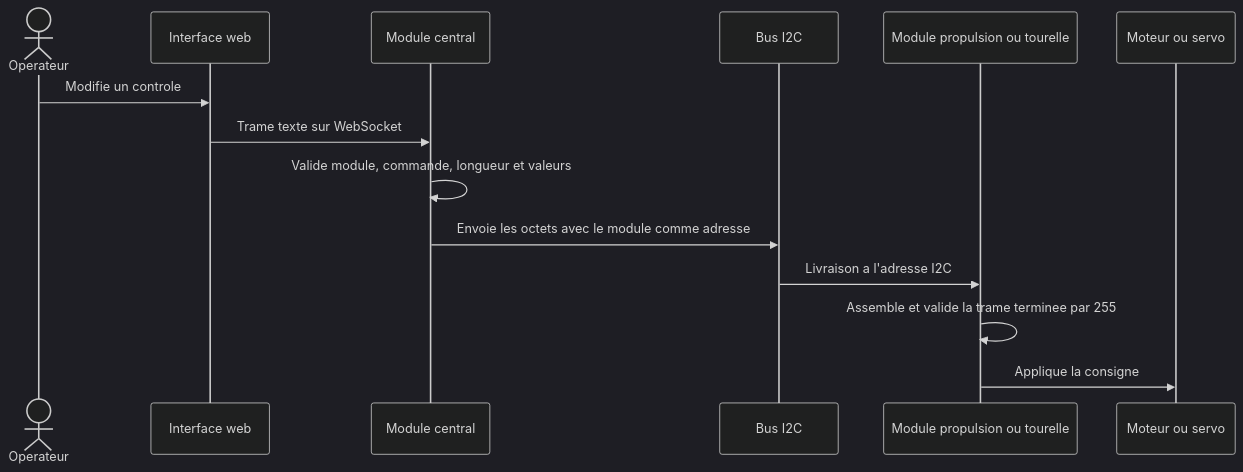
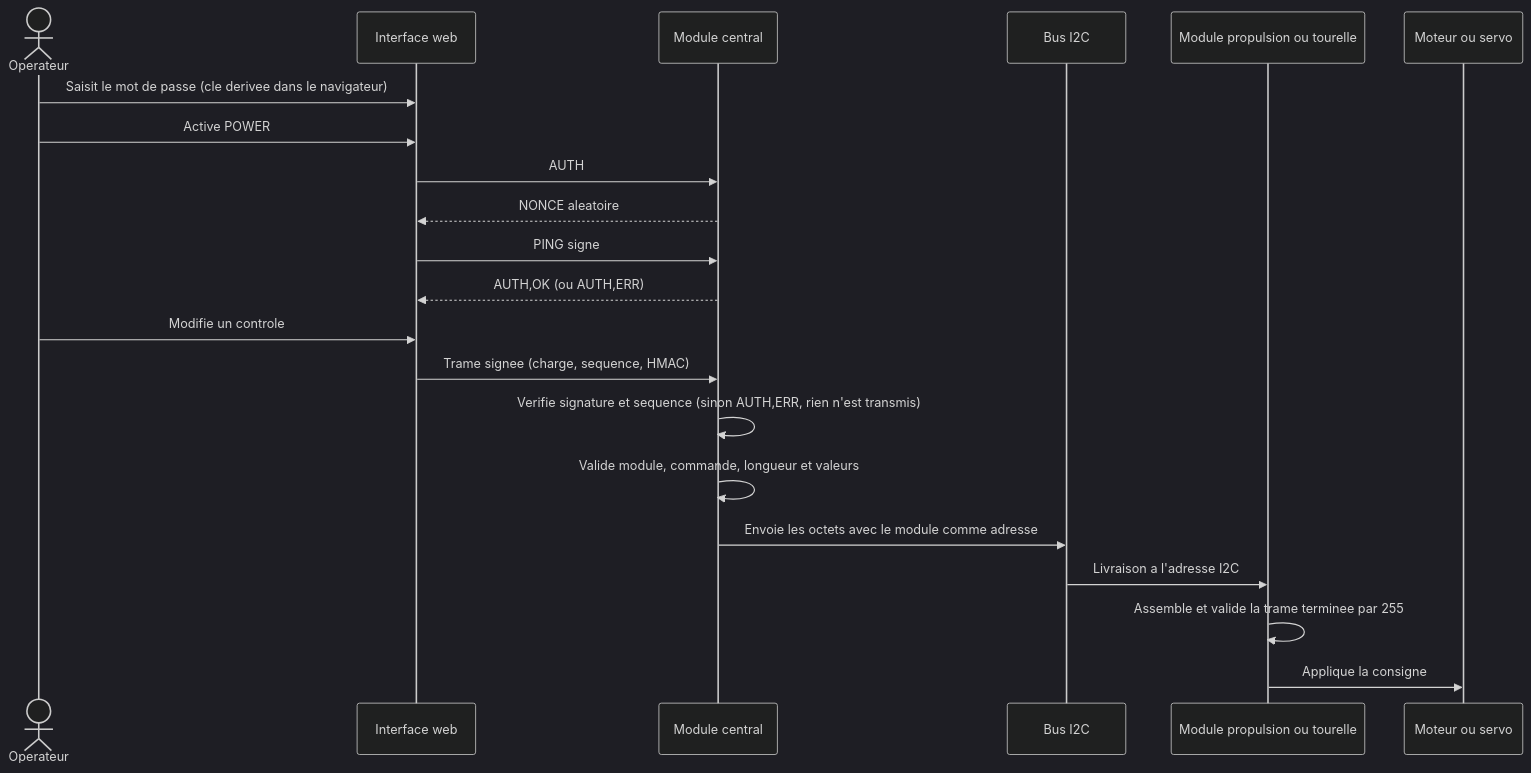
One commit to denpas/CassardRepository changed the second of 2 diagrams in Pilotage/docs/architecture.md. Above: the diagram before and after it, drawn with Mermaid (dark theme). The commit also changed other lines of this file and 2 other files, not shown here.

````diff
--- a/Pilotage/docs/architecture.md
+++ b/Pilotage/docs/architecture.md
@@ -34,17 +37,24 @@
 ```mermaid
 sequenceDiagram
     actor Operateur
     participant Web as Interface web
     participant Central as Module central
     participant Bus as Bus I2C
     participant Esclave as Module propulsion ou tourelle
     participant Actionneur as Moteur ou servo
 
+    Operateur->>Web: Saisit le mot de passe (cle derivee dans le navigateur)
+    Operateur->>Web: Active POWER
+    Web->>Central: AUTH
+    Central-->>Web: NONCE aleatoire
+    Web->>Central: PING signe
+    Central-->>Web: AUTH,OK (ou AUTH,ERR)
     Operateur->>Web: Modifie un controle
-    Web->>Central: Trame texte sur WebSocket
+    Web->>Central: Trame signee (charge, sequence, HMAC)
+    Central->>Central: Verifie signature et sequence (sinon AUTH,ERR, rien n'est transmis)
     Central->>Central: Valide module, commande, longueur et valeurs
     Central->>Bus: Envoie les octets avec le module comme adresse
     Bus->>Esclave: Livraison a l'adresse I2C
     Esclave->>Esclave: Assemble et valide la trame terminee par 255
     Esclave->>Actionneur: Applique la consigne
 ```
````
